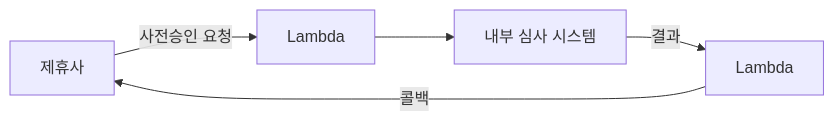
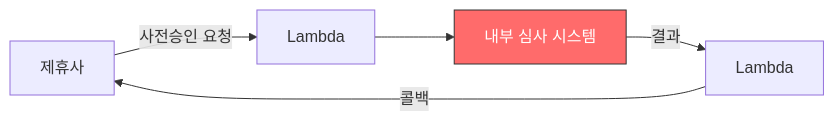
The first of 5 diagrams in _posts/2025-11-10-토스-연동-장애-포스트모템-66시간-장애에서-배운-것.md (Gyubster/til), drawn with Mermaid before and after one commit. The commit also changed 11 other files, not shown here.

````diff
--- a/_posts/2025-11-10-토스-연동-장애-포스트모템-66시간-장애에서-배운-것.md
+++ b/_posts/2025-11-10-토스-연동-장애-포스트모템-66시간-장애에서-배운-것.md
@@ -24,7 +24,8 @@
 ```mermaid
 flowchart LR
     A[제휴사] -->|사전승인 요청| B[Lambda]
     B --> C[내부 심사 시스템]
     C -->|결과| D[Lambda]
     D -->|콜백| A
+    style C fill:#ff6b6b,stroke:#333,color:#fff
 ```
````
